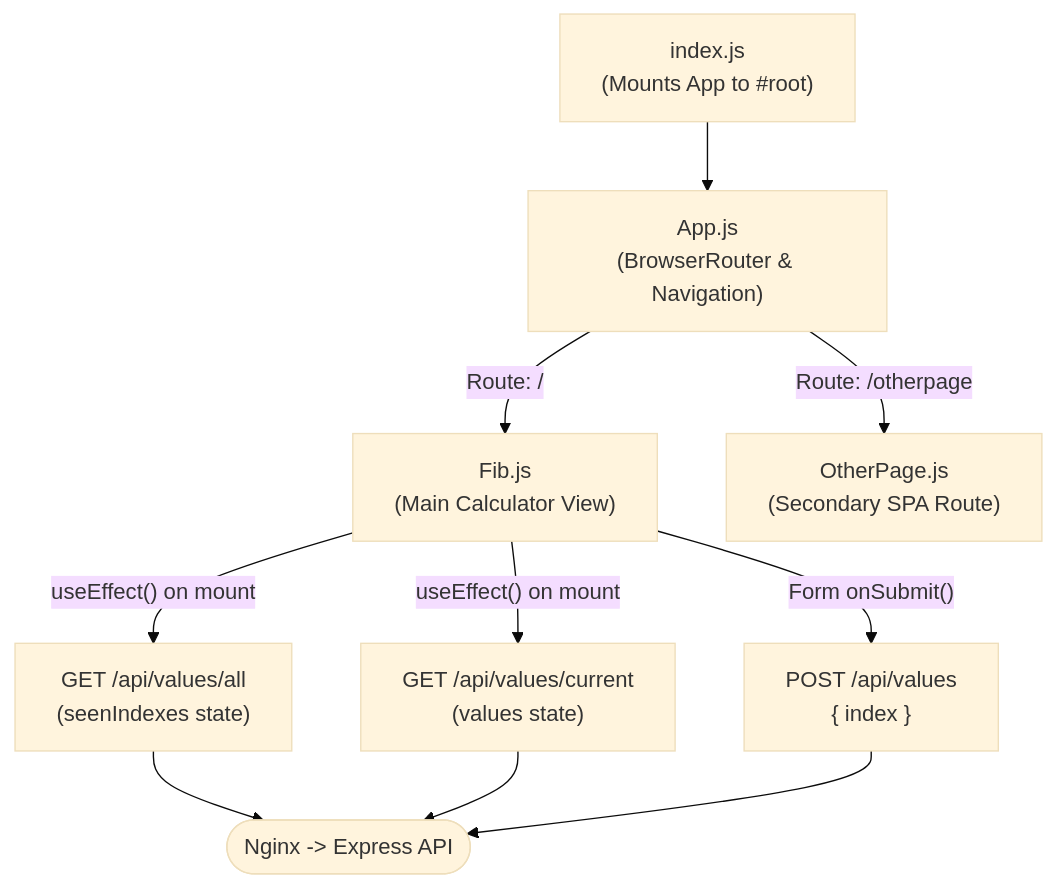
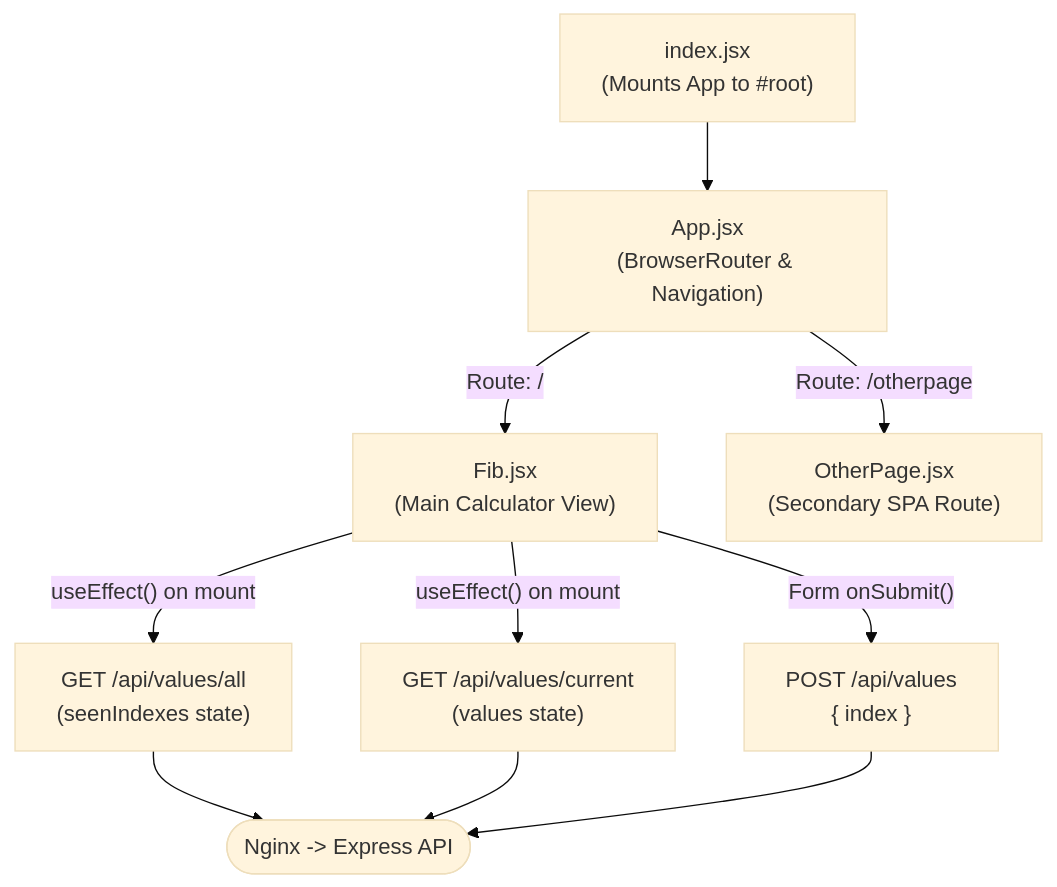
The third of 11 diagrams in multi-container-services/README.md (pankajspace/docker-k8s), drawn with Mermaid (base theme) before and after one commit. The commit also changed other lines of this file and 21 other files, not shown here.

````diff
--- a/multi-container-services/README.md
+++ b/multi-container-services/README.md
@@ -97,14 +96,14 @@
 ```mermaid
 flowchart TD
-    Root["index.js\n(Mounts App to #root)"] --> App["App.js\n(BrowserRouter & Navigation)"]
-    App -->|"Route: /"| Fib["Fib.js\n(Main Calculator View)"]
-    App -->|"Route: /otherpage"| Other["OtherPage.js\n(Secondary SPA Route)"]
+    Root["index.jsx\n(Mounts App to #root)"] --> App["App.jsx\n(BrowserRouter & Navigation)"]
+    App -->|"Route: /"| Fib["Fib.jsx\n(Main Calculator View)"]
+    App -->|"Route: /otherpage"| Other["OtherPage.jsx\n(Secondary SPA Route)"]
 
     Fib -->|"useEffect() on mount"| G1["GET /api/values/all\n(seenIndexes state)"]
     Fib -->|"useEffect() on mount"| G2["GET /api/values/current\n(values state)"]
     Fib -->|"Form onSubmit()"| P1["POST /api/values\n{ index }"]
 
     G1 --> API(["Nginx -> Express API"])
     G2 --> API
     P1 --> API
 ```
````
